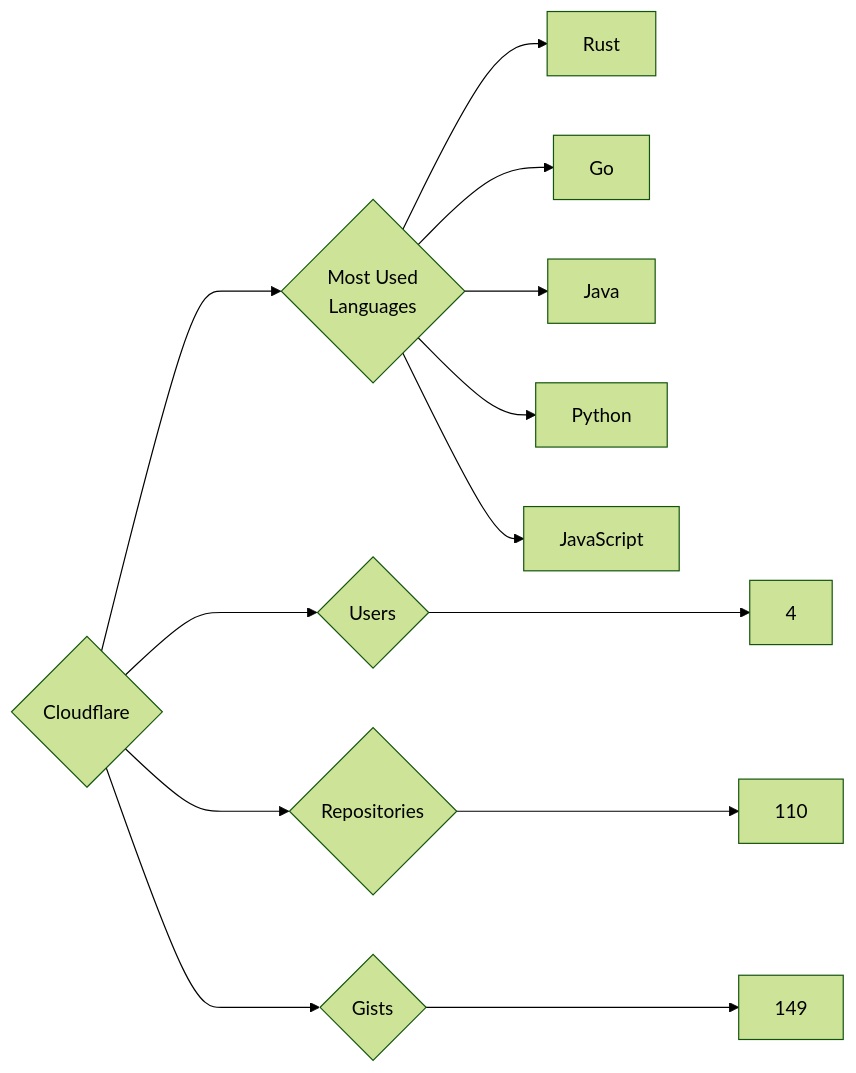
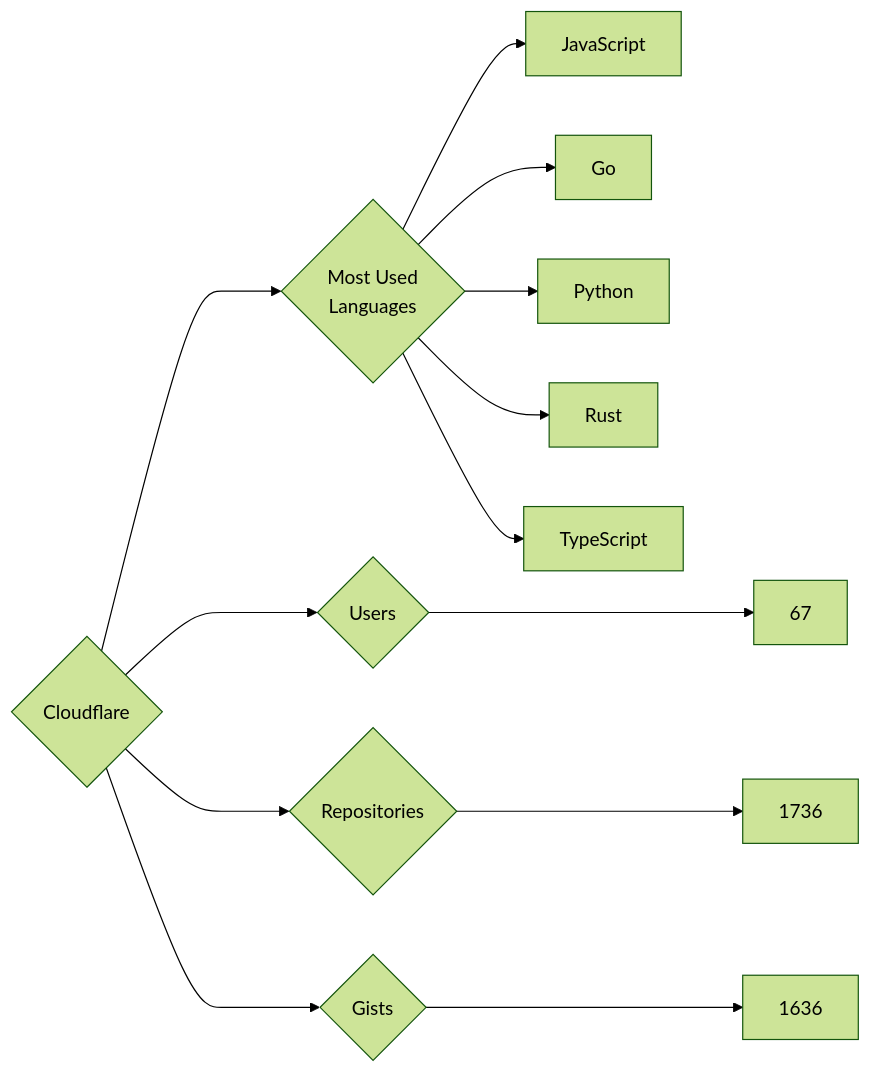
Before and after one commit to trickest/insiders: the diagram in targets/Cloudflare/README.md, drawn with Mermaid (forest theme). The commit also changed 944 other files, not shown here.

````diff
--- a/targets/Cloudflare/README.md
+++ b/targets/Cloudflare/README.md
@@ -3,13 +3,13 @@
 ```mermaid
 graph LR
 COMPANY_NAME{Cloudflare}
-COMPANY_NAME ---> U{Users} ---> UN[4]
-COMPANY_NAME ---> R{Repositories} ---> RN[110]
-COMPANY_NAME ---> G{Gists} ---> GN[149]
+COMPANY_NAME ---> U{Users} ---> UN[67]
+COMPANY_NAME ---> R{Repositories} ---> RN[1736]
+COMPANY_NAME ---> G{Gists} ---> GN[1636]
 COMPANY_NAME ---> ML{Most Used<br>Languages}
+ML --> JavaScript[JavaScript]
+ML --> Go[Go]
+ML --> Python[Python]
 ML --> Rust[Rust]
-ML --> Go[Go]
-ML --> Java[Java]
-ML --> Python[Python]
-ML --> JavaScript[JavaScript]
+ML --> TypeScript[TypeScript]
 ```
````
